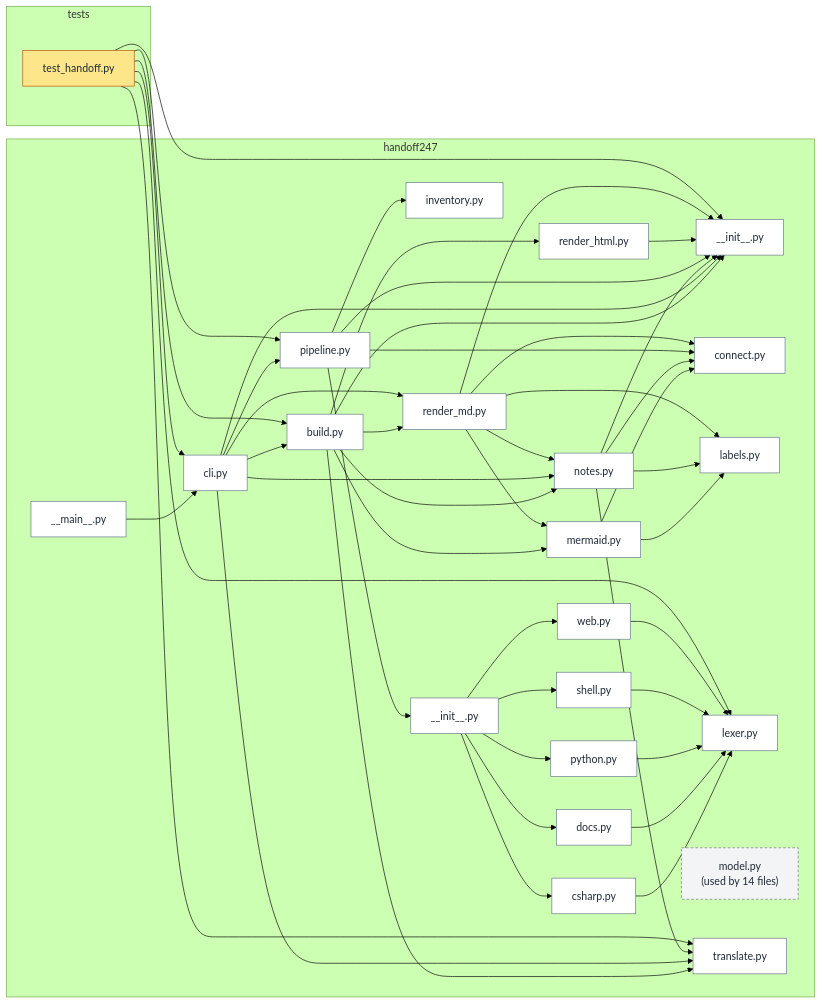
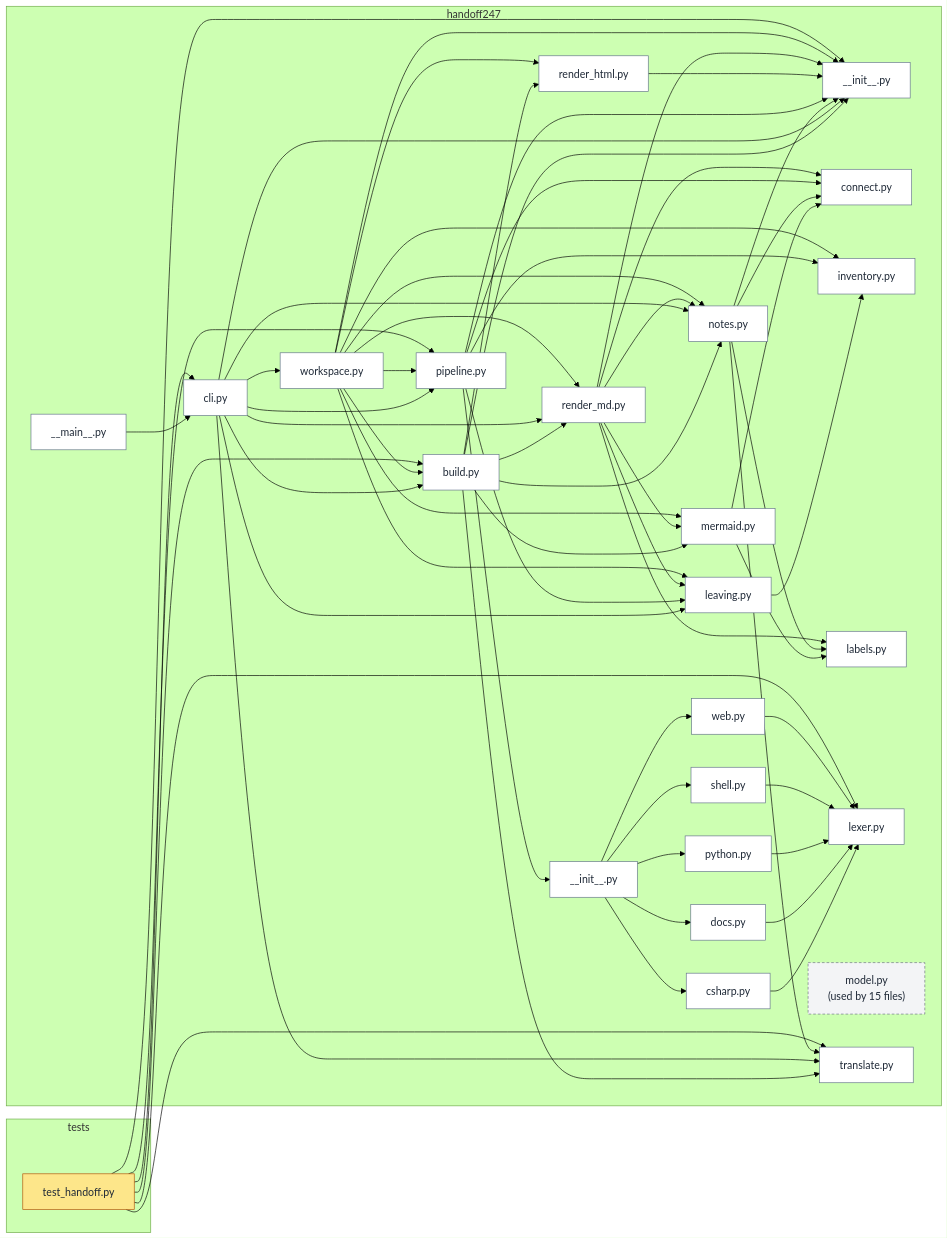
The diagram in docs/handoff/diagrams/code.mmd (unkkyuist/HandOff247), drawn with Mermaid (forest theme) before and after one commit. The commit also changed 11 other files, not shown here.

```diff
--- a/docs/handoff/diagrams/code.mmd
+++ b/docs/handoff/diagrams/code.mmd
@@ -1,82 +1,98 @@
 flowchart LR
   subgraph g1["handoff247"]
     n2["#95;#95;init#95;#95;.py"]:::file
     n3["#95;#95;main#95;#95;.py"]:::file
     n4["#95;#95;init#95;#95;.py"]:::file
     n5["csharp.py"]:::file
     n6["docs.py"]:::file
     n7["python.py"]:::file
     n8["shell.py"]:::file
     n9["web.py"]:::file
     n10["build.py"]:::file
     n11["cli.py"]:::file
     n12["connect.py"]:::file
     n13["inventory.py"]:::file
     n14["labels.py"]:::file
-    n15["lexer.py"]:::file
-    n16["mermaid.py"]:::file
-    n17["model.py<br/>(used by 14 files)"]:::hub
-    n18["notes.py"]:::file
-    n19["pipeline.py"]:::file
-    n20["render#95;html.py"]:::file
-    n21["render#95;md.py"]:::file
-    n22["translate.py"]:::file
+    n15["leaving.py"]:::file
+    n16["lexer.py"]:::file
+    n17["mermaid.py"]:::file
+    n18["model.py<br/>(used by 15 files)"]:::hub
+    n19["notes.py"]:::file
+    n20["pipeline.py"]:::file
+    n21["render#95;html.py"]:::file
+    n22["render#95;md.py"]:::file
+    n23["translate.py"]:::file
+    n24["workspace.py"]:::file
   end
-  subgraph g23["tests"]
-    n24["test#95;handoff.py"]:::entry
+  subgraph g25["tests"]
+    n26["test#95;handoff.py"]:::entry
   end
   n3 --> n11
   n4 --> n5
   n4 --> n6
   n4 --> n7
   n4 --> n8
   n4 --> n9
-  n5 --> n15
-  n6 --> n15
-  n7 --> n15
-  n8 --> n15
-  n9 --> n15
+  n5 --> n16
+  n6 --> n16
+  n7 --> n16
+  n8 --> n16
+  n9 --> n16
   n10 --> n2
-  n10 --> n16
-  n10 --> n18
-  n10 --> n20
+  n10 --> n17
+  n10 --> n19
   n10 --> n21
   n10 --> n22
+  n10 --> n23
   n11 --> n2
   n11 --> n10
-  n11 --> n18
+  n11 --> n15
   n11 --> n19
-  n11 --> n21
+  n11 --> n20
   n11 --> n22
-  n16 --> n12
-  n16 --> n14
-  n18 --> n2
-  n18 --> n12
-  n18 --> n14
-  n18 --> n22
+  n11 --> n23
+  n11 --> n24
+  n15 --> n13
+  n17 --> n12
+  n17 --> n14
   n19 --> n2
-  n19 --> n4
   n19 --> n12
-  n19 --> n13
+  n19 --> n14
+  n19 --> n23
   n20 --> n2
+  n20 --> n4
+  n20 --> n12
+  n20 --> n13
+  n20 --> n15
   n21 --> n2
-  n21 --> n12
-  n21 --> n14
-  n21 --> n16
-  n21 --> n18
+  n22 --> n2
+  n22 --> n12
+  n22 --> n14
+  n22 --> n15
+  n22 --> n17
+  n22 --> n19
   n24 --> n2
   n24 --> n10
-  n24 --> n11
+  n24 --> n13
   n24 --> n15
+  n24 --> n17
   n24 --> n19
+  n24 --> n20
+  n24 --> n21
   n24 --> n22
+  n26 --> n2
+  n26 --> n10
+  n26 --> n11
+  n26 --> n16
+  n26 --> n20
+  n26 --> n23
   classDef entry fill:#fde68a,stroke:#b45309,color:#1f2937
   classDef launcher fill:#e0e7ff,stroke:#4338ca,color:#1f2937
   classDef mode fill:#dcfce7,stroke:#15803d,color:#1f2937
   classDef iface fill:#cffafe,stroke:#0e7490,color:#1f2937
   classDef table fill:#fce7f3,stroke:#be185d,color:#1f2937
   classDef hub fill:#f3f4f6,stroke:#6b7280,color:#1f2937,stroke-dasharray:4 3
   classDef data fill:#fef3c7,stroke:#92400e,color:#1f2937
   classDef ext fill:#ffffff,stroke:#9ca3af,color:#374151,stroke-dasharray:2 2
   classDef test fill:#ede9fe,stroke:#6d28d9,color:#1f2937
   classDef file fill:#ffffff,stroke:#64748b,color:#1f2937
```
